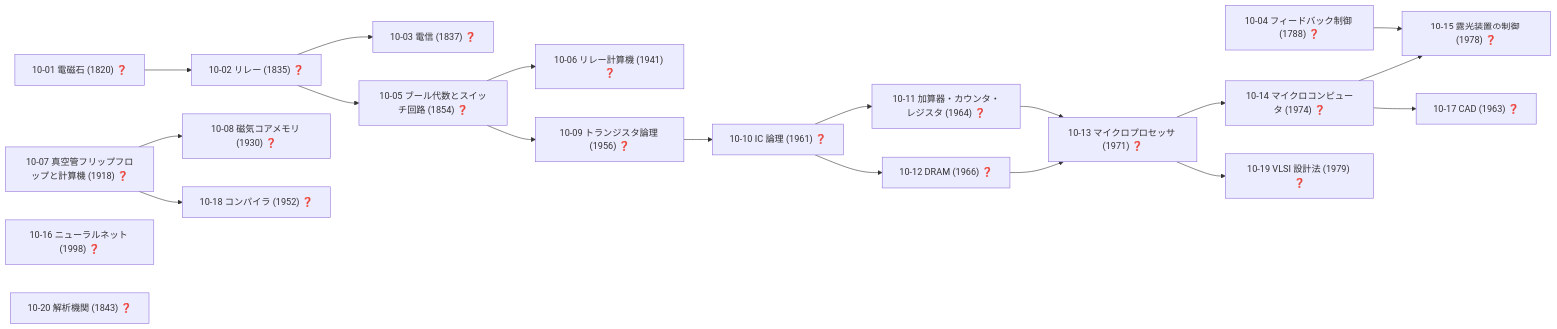
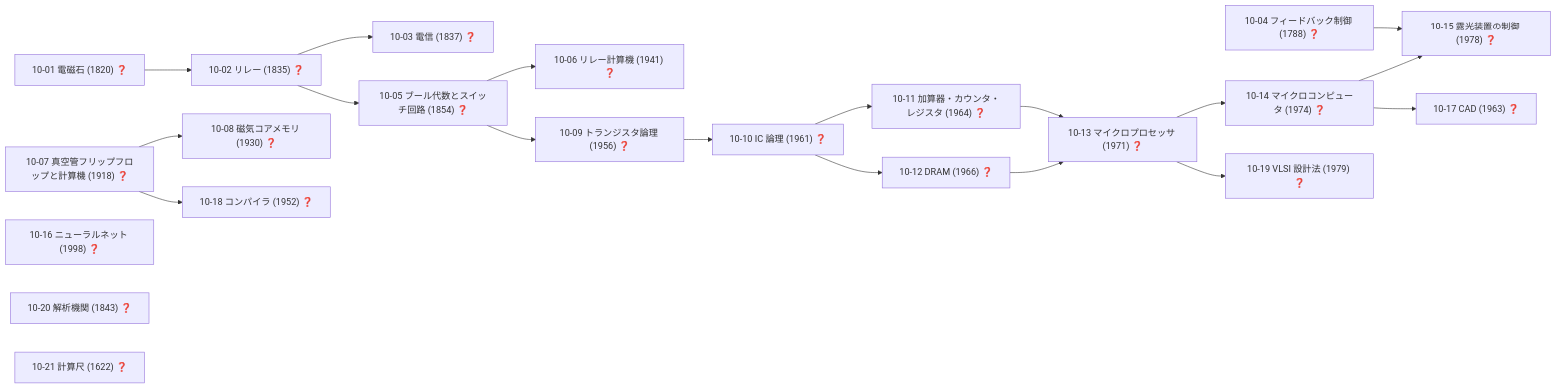
Before and after one commit to taku3i0317-collab/semiconductor-lab: diagram 13 of 19 in docs/TECH_TREE_VIEW.md, drawn with Mermaid. The commit also changed other lines of this file and 32 other files, not shown here.

````diff
--- a/docs/TECH_TREE_VIEW.md
+++ b/docs/TECH_TREE_VIEW.md
@@ -653,40 +672,41 @@
 ```mermaid
 graph LR
   n10_01["10-01 電磁石 (1820) ❓"]
   n10_02["10-02 リレー (1835) ❓"]
   n10_03["10-03 電信 (1837) ❓"]
   n10_04["10-04 フィードバック制御 (1788) ❓"]
   n10_05["10-05 ブール代数とスイッチ回路 (1854) ❓"]
   n10_06["10-06 リレー計算機 (1941) ❓"]
   n10_07["10-07 真空管フリップフロップと計算機 (1918) ❓"]
   n10_08["10-08 磁気コアメモリ (1930) ❓"]
   n10_09["10-09 トランジスタ論理 (1956) ❓"]
   n10_10["10-10 IC 論理 (1961) ❓"]
   n10_11["10-11 加算器・カウンタ・レジスタ (1964) ❓"]
   n10_12["10-12 DRAM (1966) ❓"]
   n10_13["10-13 マイクロプロセッサ (1971) ❓"]
   n10_14["10-14 マイクロコンピュータ (1974) ❓"]
   n10_15["10-15 露光装置の制御 (1978) ❓"]
   n10_16["10-16 ニューラルネット (1998) ❓"]
   n10_17["10-17 CAD (1963) ❓"]
   n10_18["10-18 コンパイラ (1952) ❓"]
   n10_19["10-19 VLSI 設計法 (1979) ❓"]
   n10_20["10-20 解析機関 (1843) ❓"]
+  n10_21["10-21 計算尺 (1622) ❓"]
   n10_01-->n10_02
   n10_02-->n10_03
   n10_02-->n10_05
   n10_05-->n10_06
   n10_07-->n10_08
   n10_05-->n10_09
   n10_09-->n10_10
   n10_10-->n10_11
   n10_10-->n10_12
   n10_11-->n10_13
   n10_12-->n10_13
   n10_13-->n10_14
   n10_04-->n10_15
   n10_14-->n10_15
   n10_14-->n10_17
   n10_07-->n10_18
   n10_13-->n10_19
 ```
````
